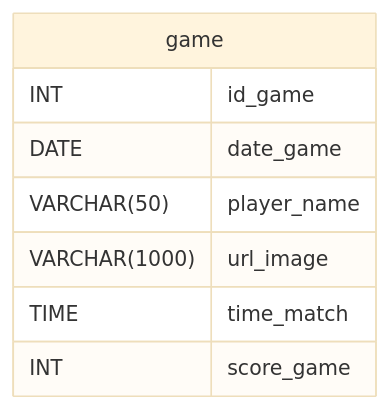
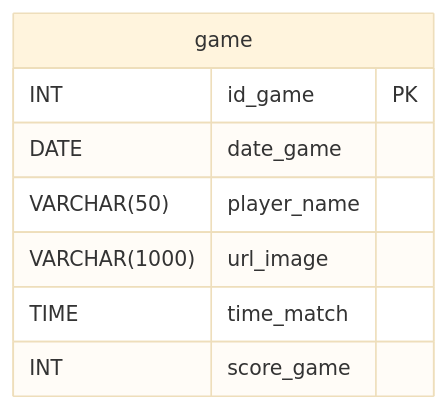
The diagram in README.md (paulo-xavier/Halloween-Memory_Card), drawn with Mermaid (base theme) before and after one commit.

````diff
--- a/README.md
+++ b/README.md
@@ -24,12 +24,12 @@
 ```mermaid
 erDiagram
     
     game {
-        INT id_game
+        INT id_game PK
         DATE date_game
         VARCHAR(50) player_name
         VARCHAR(1000) url_image 
         TIME time_match
         INT score_game
     }
 ```
````
